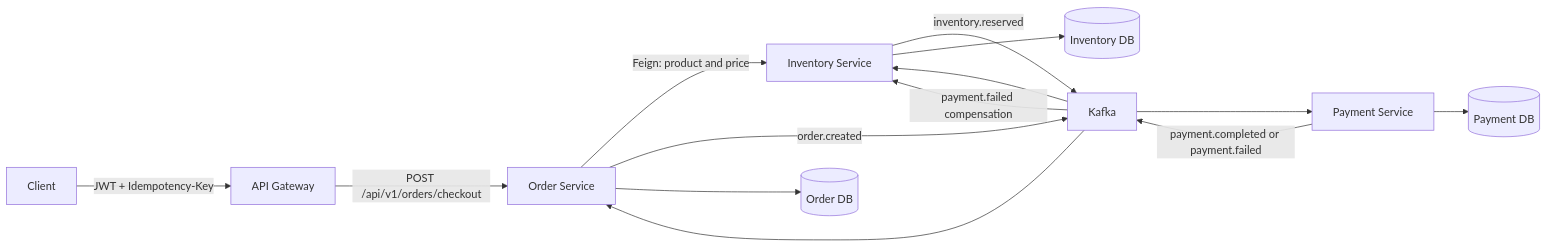
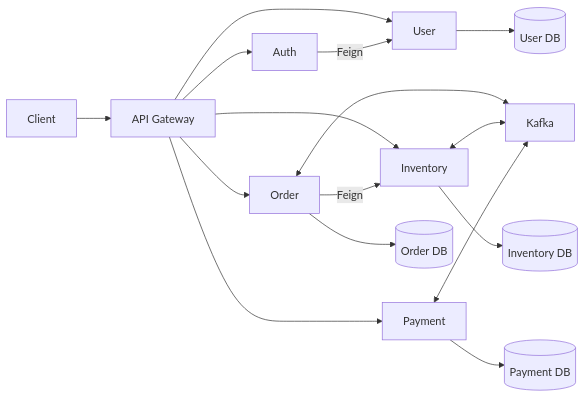
Before and after one commit to taukhir/shopverse: the diagram in README.md, drawn with Mermaid. The commit also changed other lines of this file and 130 other files, not shown here.

````diff
--- a/README.md
+++ b/README.md
@@ -94,17 +9,18 @@
 ```mermaid
 flowchart LR
-    Client["Client"] -->|"JWT + Idempotency-Key"| Gateway["API Gateway"]
-    Gateway -->|"POST /api/v1/orders/checkout"| Order["Order Service"]
-    Order -->|"Feign: product and price"| Inventory["Inventory Service"]
-    Order -->|"order.created"| Kafka["Kafka"]
-    Kafka --> Inventory
-    Inventory -->|"inventory.reserved"| Kafka
-    Kafka --> Payment["Payment Service"]
-    Payment -->|"payment.completed or payment.failed"| Kafka
-    Kafka --> Order
-    Kafka -->|"payment.failed compensation"| Inventory
-
-    Order --> OrderDB[("Order DB")]
-    Inventory --> InventoryDB[("Inventory DB")]
-    Payment --> PaymentDB[("Payment DB")]
+    Client --> Gateway[API Gateway]
+    Gateway --> Auth
+    Gateway --> User
+    Gateway --> Order
+    Gateway --> Inventory
+    Gateway --> Payment
+    Auth -->|Feign| User
+    Order -->|Feign| Inventory
+    Order <--> Kafka
+    Inventory <--> Kafka
+    Payment <--> Kafka
+    Order --> OrderDB[(Order DB)]
+    Inventory --> InventoryDB[(Inventory DB)]
+    Payment --> PaymentDB[(Payment DB)]
+    User --> UserDB[(User DB)]
 ```
````
